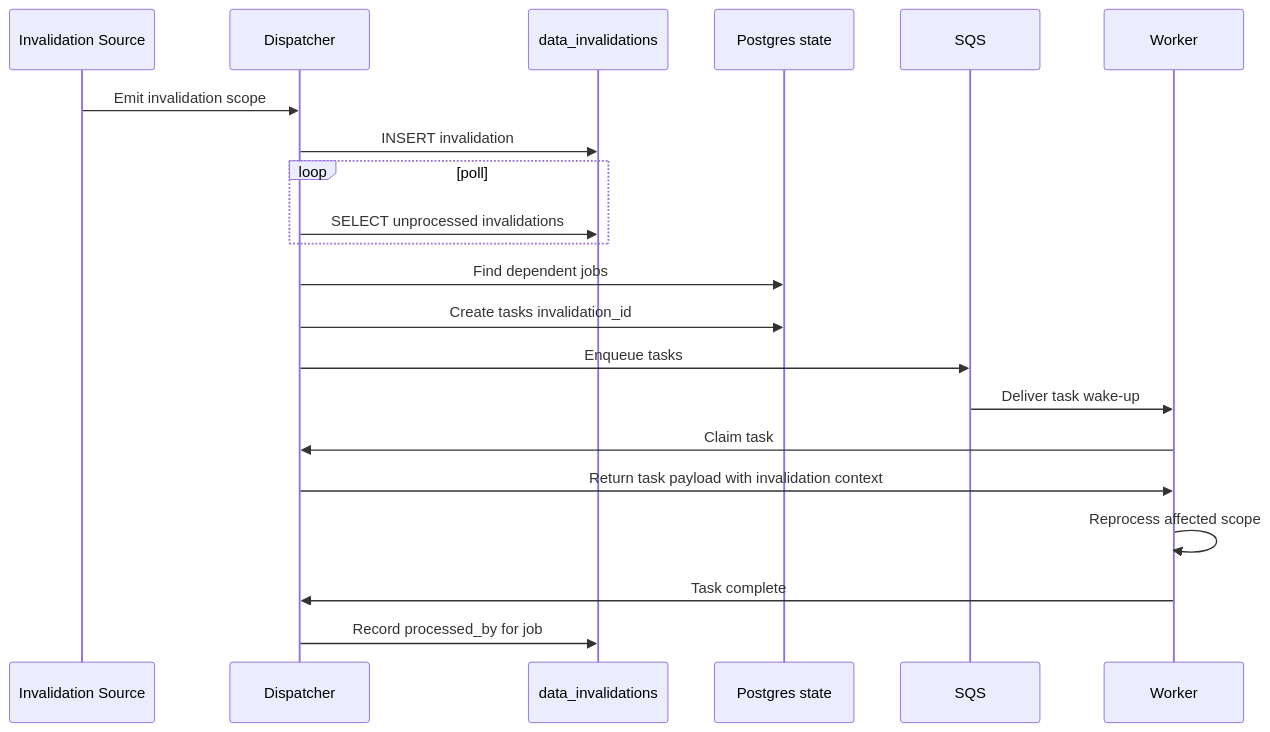
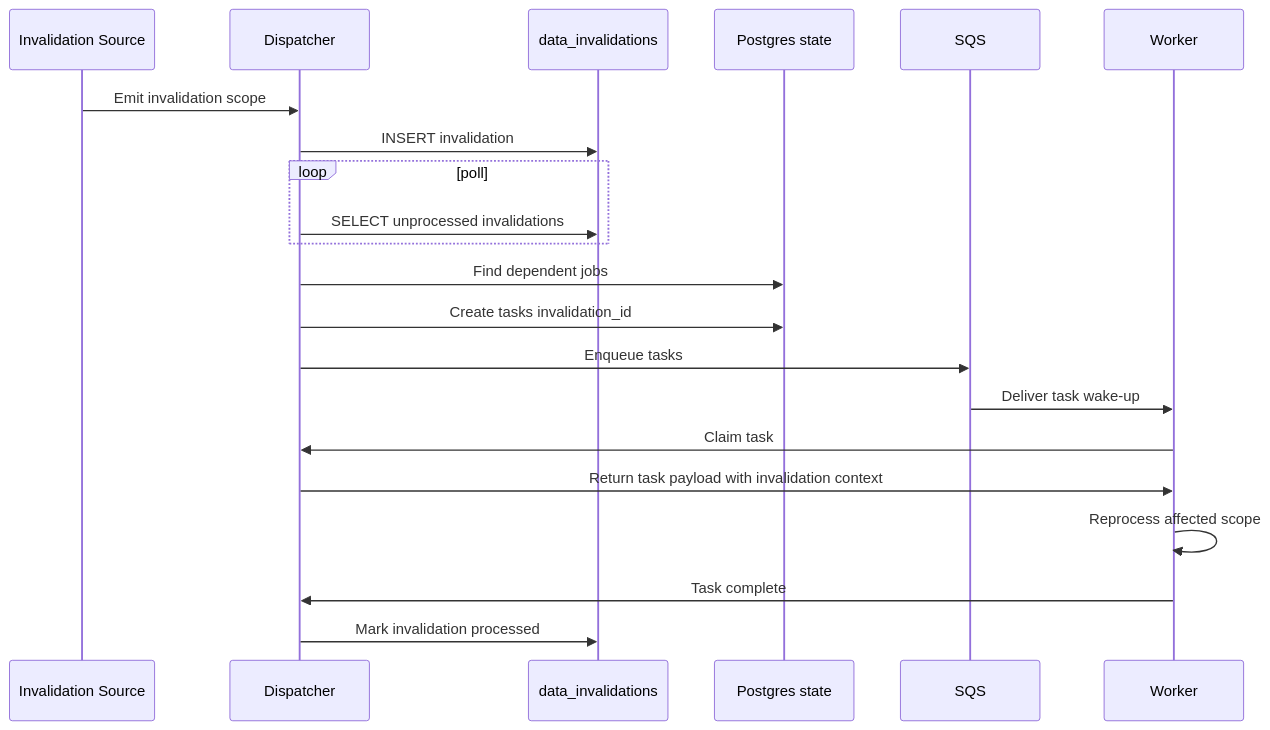
Before and after one commit to c7121/trace: the second of 2 diagrams in docs/architecture/data_versioning.md, drawn with Mermaid. The commit also changed other lines of this file and 16 other files, not shown here.

Commit message:
docs: enforce db boundaries, tighten buffered publish flow, and clarify lambda trust model

````diff
--- a/docs/architecture/data_versioning.md
+++ b/docs/architecture/data_versioning.md
@@ -240,25 +240,25 @@
 ```mermaid
 sequenceDiagram
     participant S as Invalidation Source
     participant D as Dispatcher
     participant INV as data_invalidations
     participant PG as Postgres state
     participant Q as SQS
     participant W as Worker
 
     S->>D: Emit invalidation scope
     D->>INV: INSERT invalidation
     loop poll
         D->>INV: SELECT unprocessed invalidations
     end
     D->>PG: Find dependent jobs
     D->>PG: Create tasks invalidation_id
     D->>Q: Enqueue tasks
     Q->>W: Deliver task wake-up
     W->>D: Claim task
     D->>W: Return task payload with invalidation context
     W->>W: Reprocess affected scope
     W->>D: Task complete
-    D->>INV: Record processed_by for job
+    D->>INV: Mark invalidation processed
 
 ```
````
